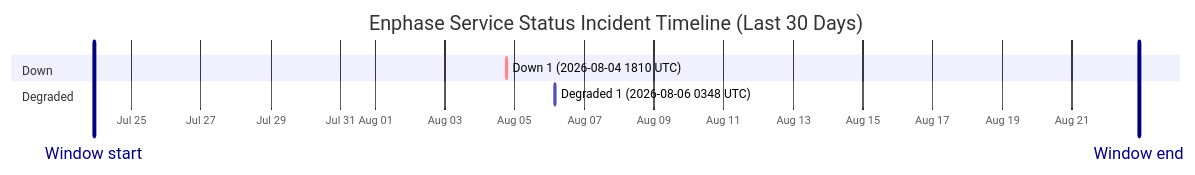
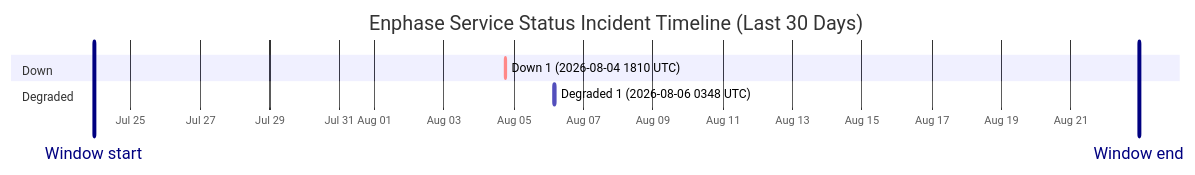
One commit to barneyonline/ha-enphase-energy changed the diagram in wiki/Service-Status-History.md. Above: the diagram before and after it, drawn with Mermaid. The commit also changed other lines of this file and 3 other files, not shown here.

````diff
--- a/wiki/Service-Status-History.md
+++ b/wiki/Service-Status-History.md
@@ -14,12 +14,12 @@
 ```mermaid
 gantt
     title Enphase Service Status Incident Timeline (Last 30 Days)
     dateFormat  YYYY-MM-DDTHH:mm:ss
     axisFormat  %b %d
-    Window start :vert, window-start, 2026-07-23T22:19:08, 0ms
-    Window end :vert, window-end, 2026-08-22T22:19:08, 0ms
+    Window start :vert, window-start, 2026-07-23T22:47:10, 0ms
+    Window end :vert, window-end, 2026-08-22T22:47:10, 0ms
     section Down
     Down 1 (2026-08-04 1810 UTC) :crit, down-1, 2026-08-04T18:10:46, 60m
     section Degraded
     Degraded 1 (2026-08-06 0348 UTC) :active, degraded-1, 2026-08-06T03:48:14, 60m
 ```
````
